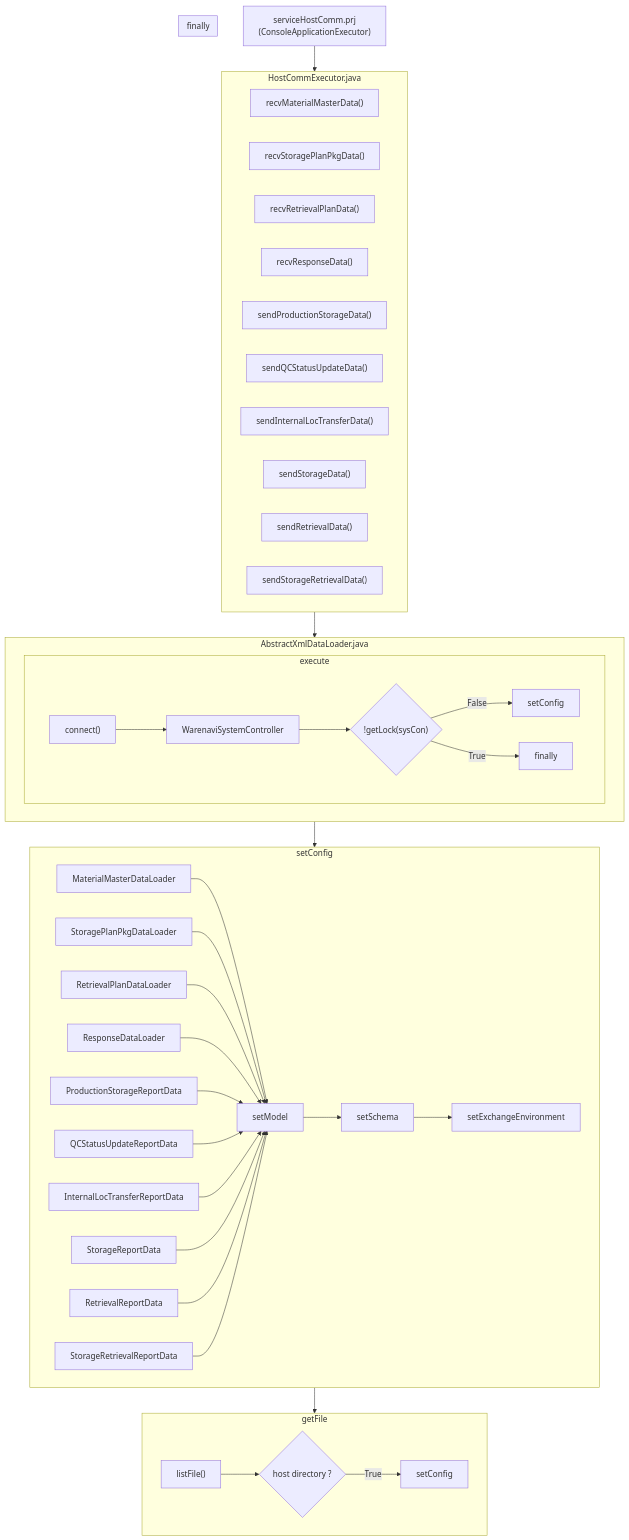
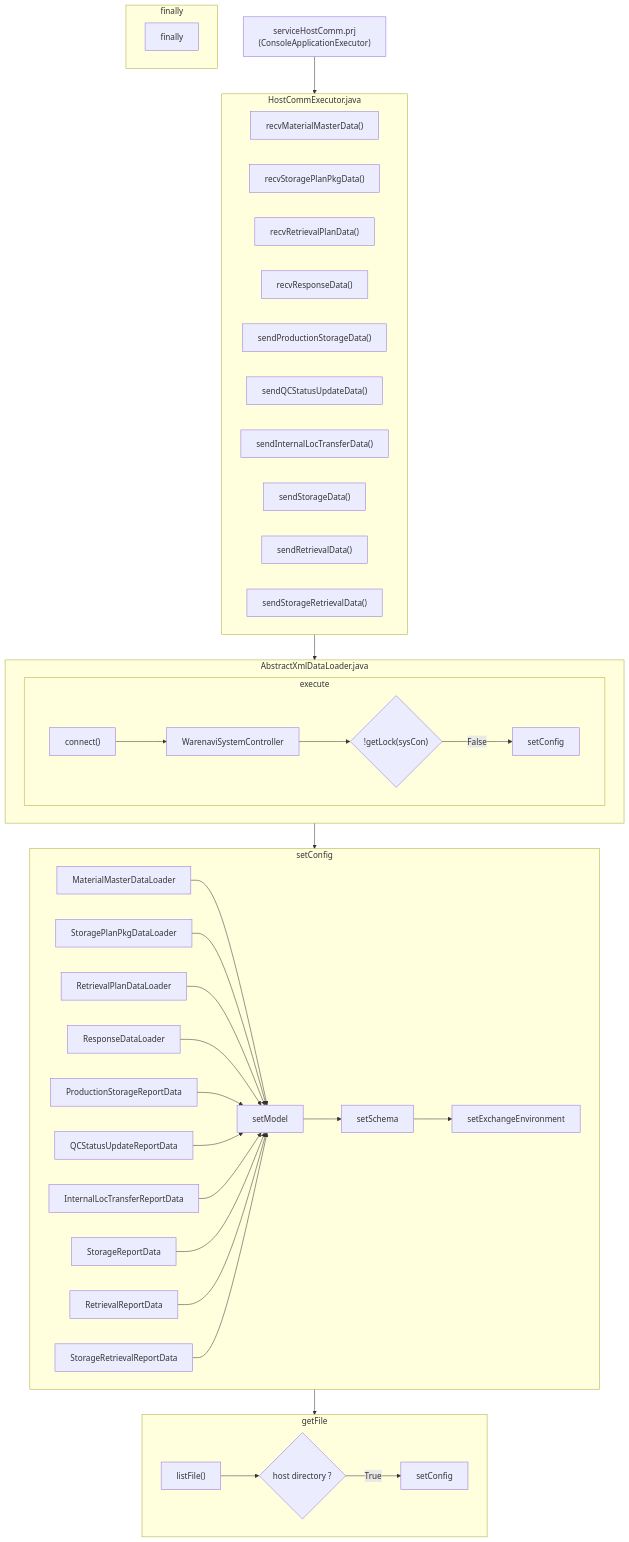
One commit to luthfiadityaa/SimeDarby-Wiki changed the diagram in Basic-Design/Host-Interfaces.md. Above: the diagram before and after it, drawn with Mermaid.

Commit message:
Updated Host Interfaces

```diff
--- a/Basic-Design/Host-Interfaces.md
+++ b/Basic-Design/Host-Interfaces.md
@@ -30,78 +30,77 @@
 ::: mermaid
 flowchart TD
  C1["serviceHostComm.prj<br>(ConsoleApplicationExecutor)"]           
  C1 --> HostCommExecutor.java
  AbstractXmlDataLoader.java
  HostCommExecutor.java --> AbstractXmlDataLoader.java
  AbstractXmlDataLoader.java --> setConfig
  setConfig --> getFile
 
 subgraph HostCommExecutor.java
  C2["recvMaterialMasterData()"]
  C3["recvStoragePlanPkgData()"]
  C4["recvRetrievalPlanData()"]
  C5["recvResponseData()"]
  C6["sendProductionStorageData()"]
  C7["sendQCStatusUpdateData()"]
  C8["sendInternalLocTransferData()"]
  C9["sendStorageData()"]
  C10["sendRetrievalData()"]
  C11["sendStorageRetrievalData()"]
 end
 
 subgraph AbstractXmlDataLoader.java
  execute        
 end
 
 subgraph execute
  C13["connect()"]
  C14["WarenaviSystemController"]
  
  Cond1{"!getLock(sysCon)"} 
 
  C16["setConfig"]
 
  C13 --> C14 --> Cond1
- Cond1 --> |False| C16
- Cond1 --> |True| C15   
+ Cond1 --> |False| C16   
 end
 
 subgraph setConfig
 
  E11["setModel"]
  E12["setSchema"]
  E13["setExchangeEnvironment"]
 
  E11--> E12 --> E13
 
  C21["MaterialMasterDataLoader"] --> E11
  C22["StoragePlanPkgDataLoader"] --> E11
  C23["RetrievalPlanDataLoader"] --> E11
  C24["ResponseDataLoader"] --> E11
  C25["ProductionStorageReportData"] --> E11
  C26["QCStatusUpdateReportData"] --> E11
  C27["InternalLocTransferReportData"] --> E11
  C28["StorageReportData"] --> E11
  C29["RetrievalReportData"] --> E11
  C30["StorageRetrievalReportData"] --> E11
             
 end
 
 subgraph getFile
  C31["listFile()"]    
 
  Cond2{"host directory ?"}   
 
  C32["setConfig"]
 
  C31 --> Cond2
 
 Cond2 --> |True| C32
 
 end
 
 subgraph finally
  C15["finally"]
 end
 
 :::
```
